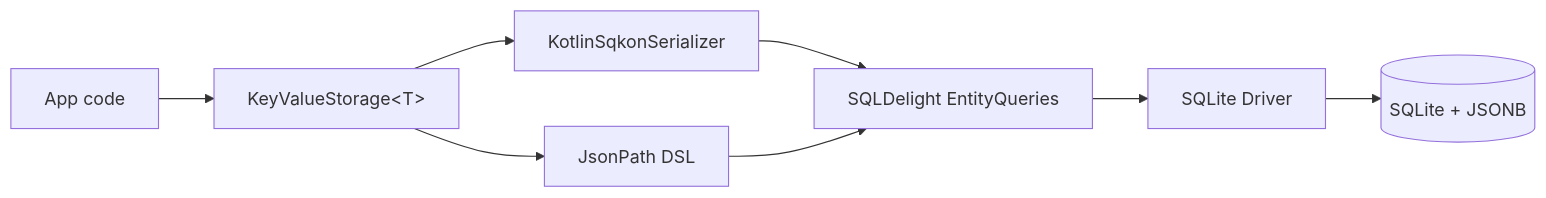
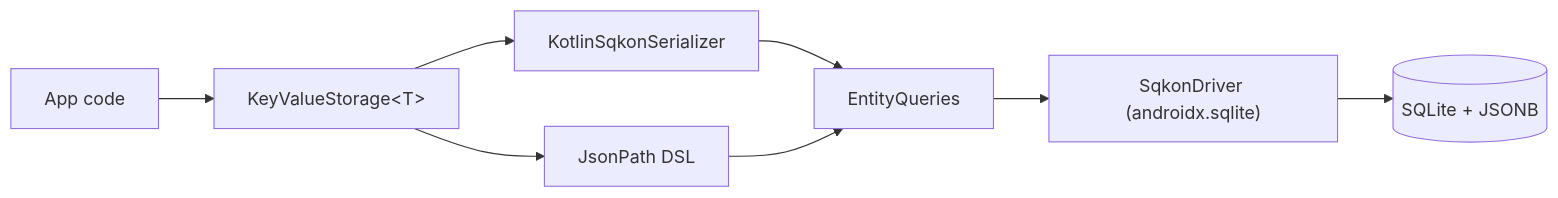
One commit to MercuryTechnologies/sqkon changed the diagram in docs/concepts/architecture.md. Above: the diagram before and after it, drawn with Mermaid. The commit also changed other lines of this file and 18 other files, not shown here.

````diff
--- a/docs/concepts/architecture.md
+++ b/docs/concepts/architecture.md
@@ -19,10 +20,10 @@
 ```mermaid
 flowchart LR
     App["App code"] --> KVS["KeyValueStorage&lt;T&gt;"]
     KVS --> Ser["KotlinSqkonSerializer"]
     KVS --> JP["JsonPath DSL"]
-    Ser --> SD["SQLDelight EntityQueries"]
+    Ser --> SD["EntityQueries"]
     JP --> SD
-    SD --> Drv["SQLite Driver"]
+    SD --> Drv["SqkonDriver (androidx.sqlite)"]
     Drv --> DB[("SQLite + JSONB")]
 ```
````
